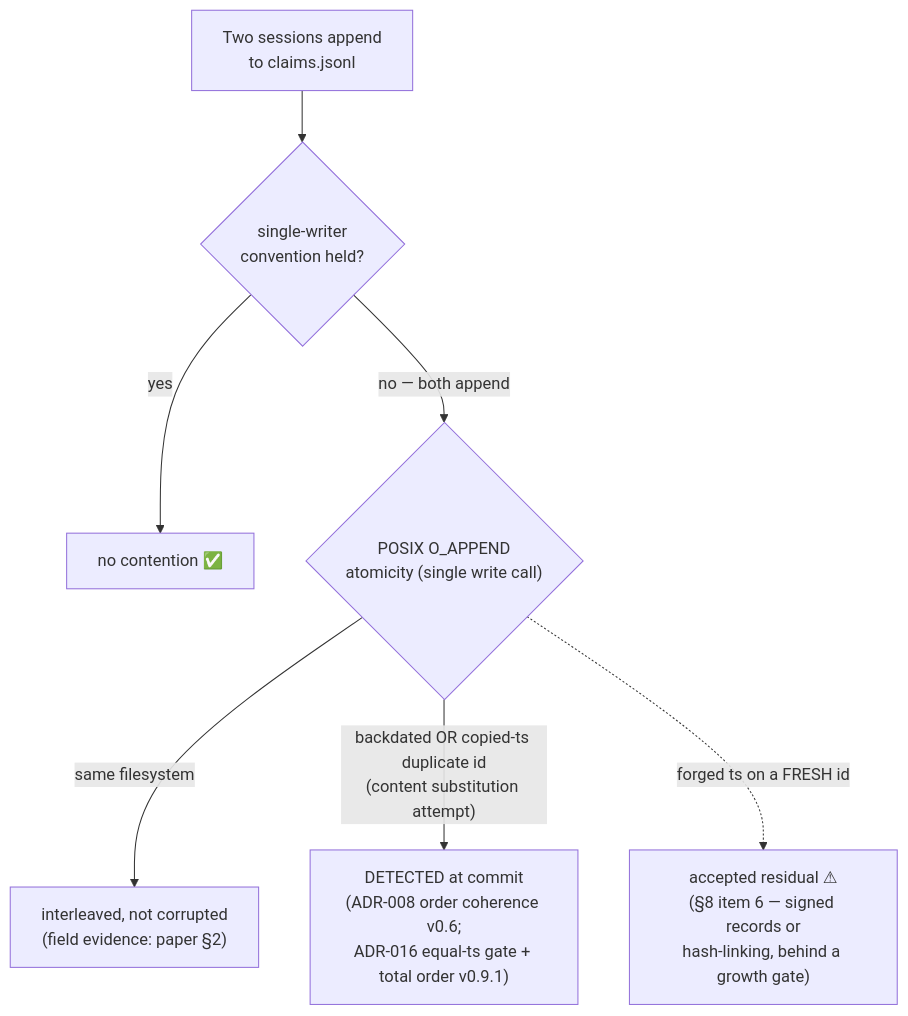
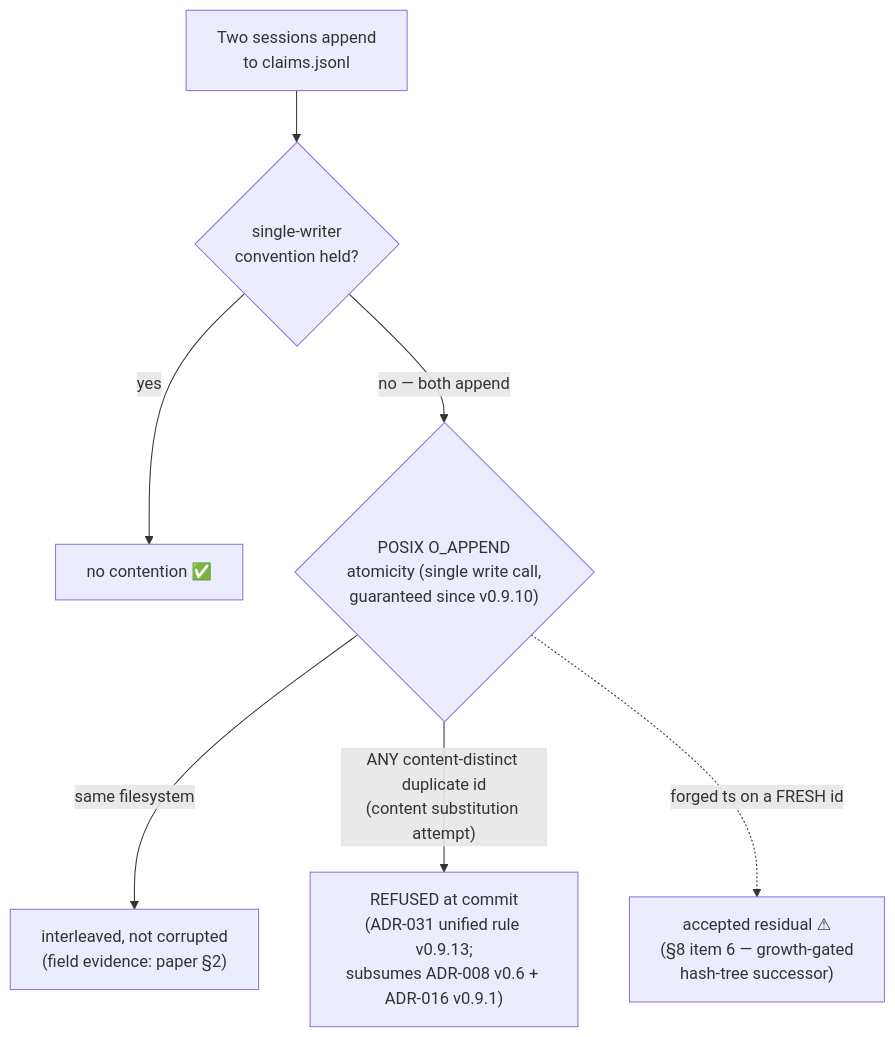
The fifth of 5 diagrams in docs/truth-ledger-loophole-map.md (m1981/truth-ledger), drawn with Mermaid before and after one commit. The commit also changed other lines of this file and 2 other files, not shown here.

First line of the commit message:
docs: loophole map + operations guide content re-synced v0.6.4/v0.9.0 -> v0.9.13 (roadmap backlog); 5 entries closed/updated, 5 new residuals (ADR-030 reaffirm, hollow-VERIFIED, ADR-028); ops guide gains reaffirm operation + ADR-031 validate semantics

````diff
--- a/docs/truth-ledger-loophole-map.md
+++ b/docs/truth-ledger-loophole-map.md
@@ -145,9 +235,9 @@
 ```mermaid
 flowchart TD
     P["Two sessions append<br/>to claims.jsonl"] --> A1{"single-writer<br/>convention held?"}
     A1 -->|yes| SAFE2["no contention ✅"]
-    A1 -->|"no — both append"| OA{"POSIX O_APPEND<br/>atomicity (single write call)"}
+    A1 -->|"no — both append"| OA{"POSIX O_APPEND<br/>atomicity (single write call,<br/>guaranteed since v0.9.10)"}
     OA -->|"same filesystem"| OK2["interleaved, not corrupted<br/>(field evidence: paper §2)"]
-    OA -->|"backdated OR copied-ts duplicate id<br/>(content substitution attempt)"| DET["DETECTED at commit<br/>(ADR-008 order coherence v0.6;<br/>ADR-016 equal-ts gate + total order v0.9.1)"]
-    OA -.->|"forged ts on a FRESH id"| RESID["accepted residual ⚠<br/>(§8 item 6 — signed records or<br/>hash-linking, behind a growth gate)"]
+    OA -->|"ANY content-distinct duplicate id<br/>(content substitution attempt)"| DET["REFUSED at commit<br/>(ADR-031 unified rule v0.9.13;<br/>subsumes ADR-008 v0.6 + ADR-016 v0.9.1)"]
+    OA -.->|"forged ts on a FRESH id"| RESID["accepted residual ⚠<br/>(§8 item 6 — growth-gated<br/>hash-tree successor)"]
 ```
````
